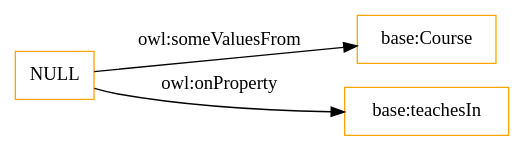
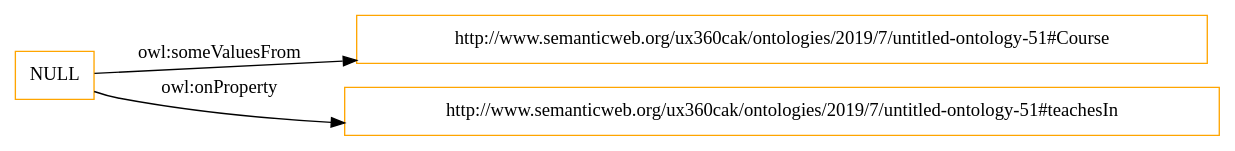
The diagram in OnToology/ontology/ontology.owl/diagrams/ar2dtool-class/ontology.owl.png.dot (albaizq/FDLTutorialPublishedOntology), drawn with Graphviz before and after one commit. The commit also changed 12 other files, not shown here.

```diff
--- a/OnToology/ontology/ontology.owl/diagrams/ar2dtool-class/ontology.owl.png.dot
+++ b/OnToology/ontology/ontology.owl/diagrams/ar2dtool-class/ontology.owl.png.dot
@@ -1,8 +1,8 @@
 digraph ar2dtool_diagram { 
 rankdir=LR;
 size="1501"
-node [shape = rectangle, color="orange"]; "base:Course" ; /*classes style*/
-	"NULL" -> "base:Course" [ label = "owl:someValuesFrom" ];
-	"NULL" -> "base:teachesIn" [ label = "owl:onProperty" ];
+node [shape = rectangle, color="orange"]; "http://www.semanticweb.org/ux360cak/ontologies/2019/7/untitled-ontology-51#Course" ; /*classes style*/
+	"NULL" -> "http://www.semanticweb.org/ux360cak/ontologies/2019/7/untitled-ontology-51#Course" [ label = "owl:someValuesFrom" ];
+	"NULL" -> "http://www.semanticweb.org/ux360cak/ontologies/2019/7/untitled-ontology-51#teachesIn" [ label = "owl:onProperty" ];
 
 }
```
